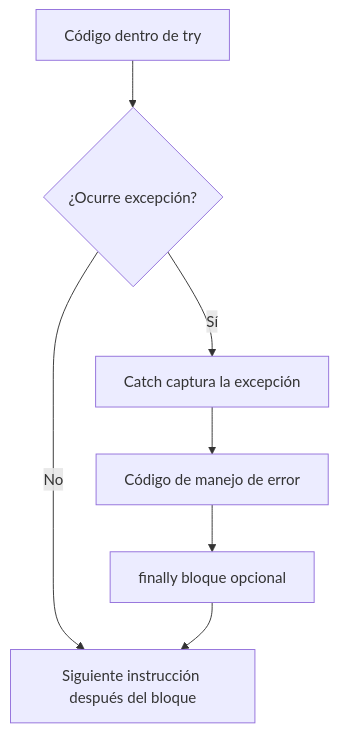
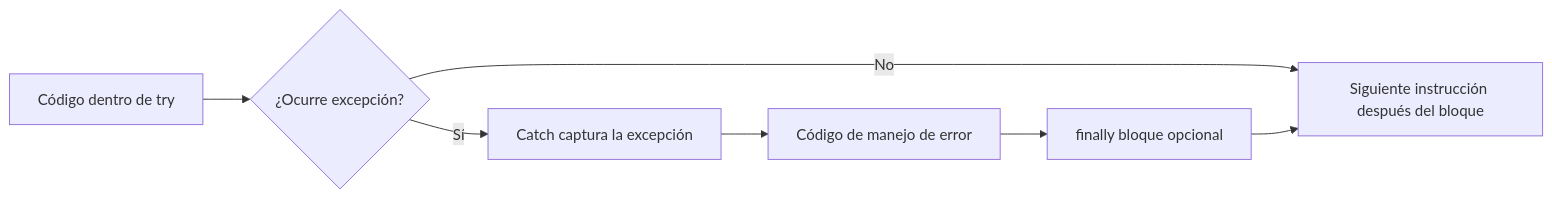
The sixth of 6 diagrams in docs/UD03/UD03_ES.md (martinezpenya/1DAMProgramacion), drawn with Mermaid before and after one commit. The commit also changed other lines of this file, not shown here.

Commit message:
fix: diagramas de excepciones de UD03 en horizontal para no truncar el PDF
La jerarquía de excepciones (732x1069) y el flujo try/catch (250x841)
se pre-renderizaban altos y estrechos, el mismo patrón que ya truncó
Libro.pdf en CI. Con direction LR / flowchart LR quedan en 784x340 y
784x134.

````diff
--- a/docs/UD03/UD03_ES.md
+++ b/docs/UD03/UD03_ES.md
@@ -685,9 +686,9 @@
 ```mermaid
-flowchart TD
+flowchart LR
     A[Código dentro de try] --> B{¿Ocurre excepción?}
     B -->|No| C[Siguiente instrucción después del bloque]
     B -->|Sí| D[Catch captura la excepción]
     D --> E[Código de manejo de error]
     E --> F[finally bloque opcional]
     F --> C
 ```
````
